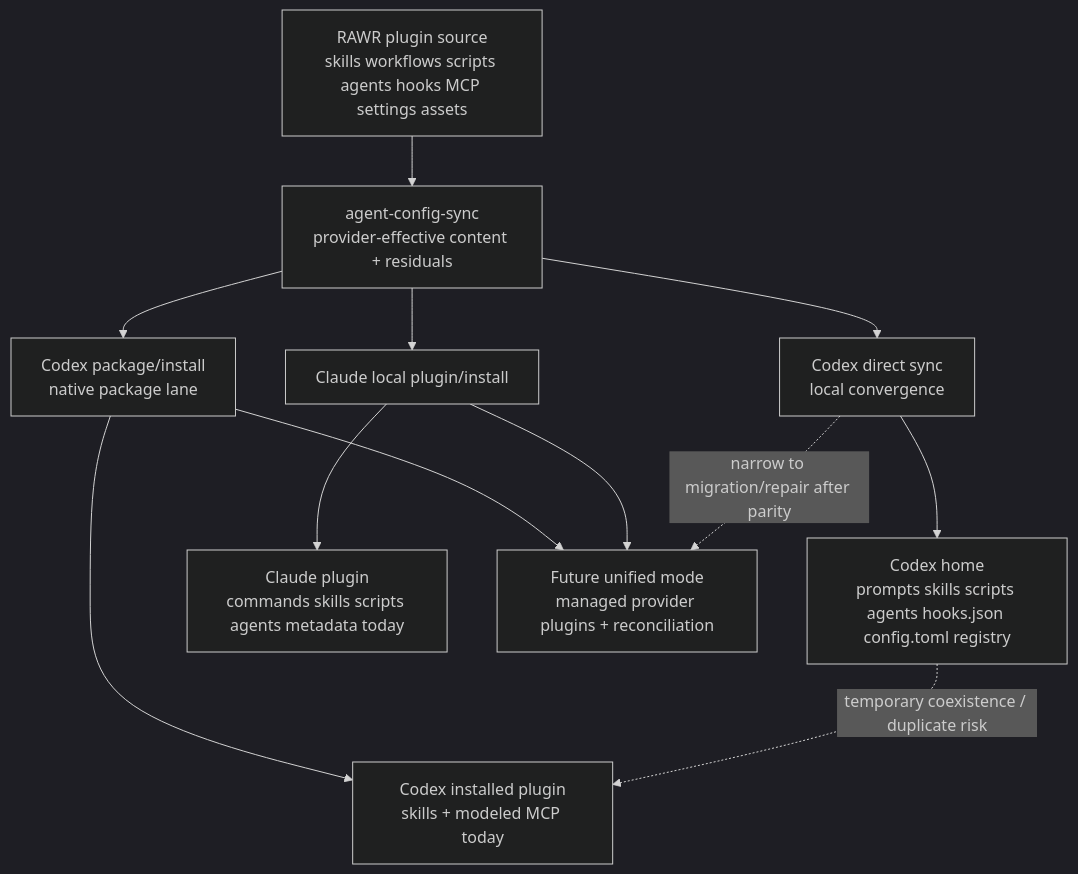
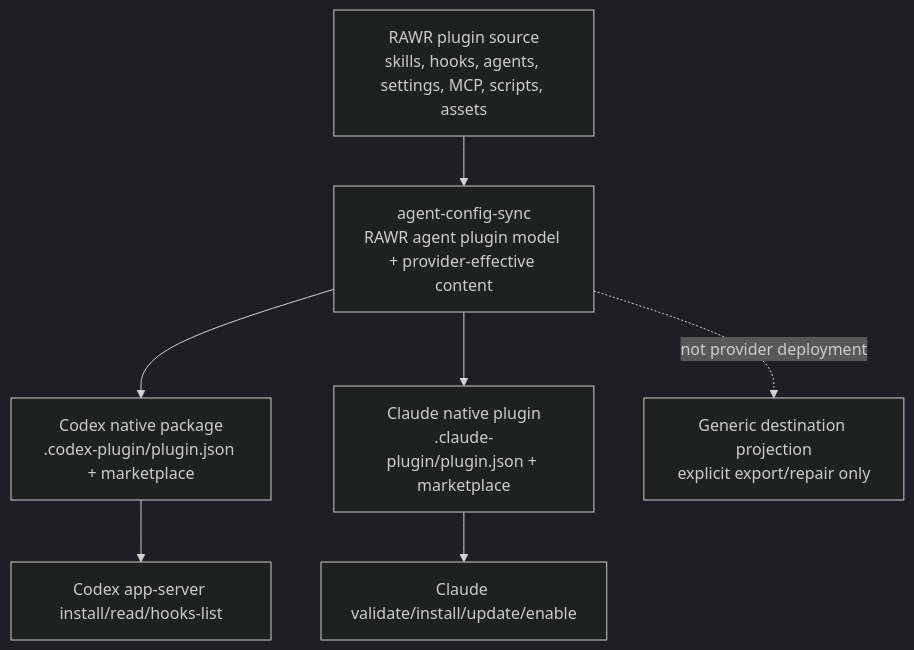
The diagram in services/agent-config-sync/docs/PARITY_INVESTIGATION_REPORT.md (rawr-ai/rawr-hq-template), drawn with Mermaid (dark theme) before and after one commit. The commit also changed other lines of this file and 26 other files, not shown here.

First line of the commit message:
feat(agent-config-sync): unify native provider plugin deployment

````diff
--- a/services/agent-config-sync/docs/PARITY_INVESTIGATION_REPORT.md
+++ b/services/agent-config-sync/docs/PARITY_INVESTIGATION_REPORT.md
@@ -84,21 +68,15 @@
 ```mermaid
 flowchart TD
-  source["RAWR plugin source<br/>skills workflows scripts agents hooks MCP settings assets"]
-  service["agent-config-sync<br/>provider-effective content + residuals"]
-  direct["Codex direct sync<br/>local convergence"]
-  codexpkg["Codex package/install<br/>native package lane"]
-  claude["Claude local plugin/install"]
-  codexhome["Codex home<br/>prompts skills scripts agents hooks.json config.toml registry"]
-  codexnative["Codex installed plugin<br/>skills + modeled MCP today"]
-  claudehome["Claude plugin<br/>commands skills scripts agents metadata today"]
-  future["Future unified mode<br/>managed provider plugins + reconciliation"]
+  source["RAWR plugin source<br/>skills, hooks, agents, settings, MCP, scripts, assets"]
+  model["agent-config-sync<br/>RAWR agent plugin model + provider-effective content"]
+  codexpkg["Codex native package<br/>.codex-plugin/plugin.json + marketplace"]
+  claudepkg["Claude native plugin<br/>.claude-plugin/plugin.json + marketplace"]
+  codexinstall["Codex app-server install/read/hooks-list"]
+  claudeinstall["Claude validate/install/update/enable"]
+  projection["Generic destination projection<br/>explicit export/repair only"]
 
-  source --> service
-  service --> direct --> codexhome
-  service --> codexpkg --> codexnative
-  service --> claude --> claudehome
-  codexhome -. "temporary coexistence / duplicate risk" .-> codexnative
-  codexpkg --> future
-  claude --> future
-  direct -. "narrow to migration/repair after parity" .-> future
+  source --> model
+  model --> codexpkg --> codexinstall
+  model --> claudepkg --> claudeinstall
+  model -. "not provider deployment" .-> projection
 ```
````
